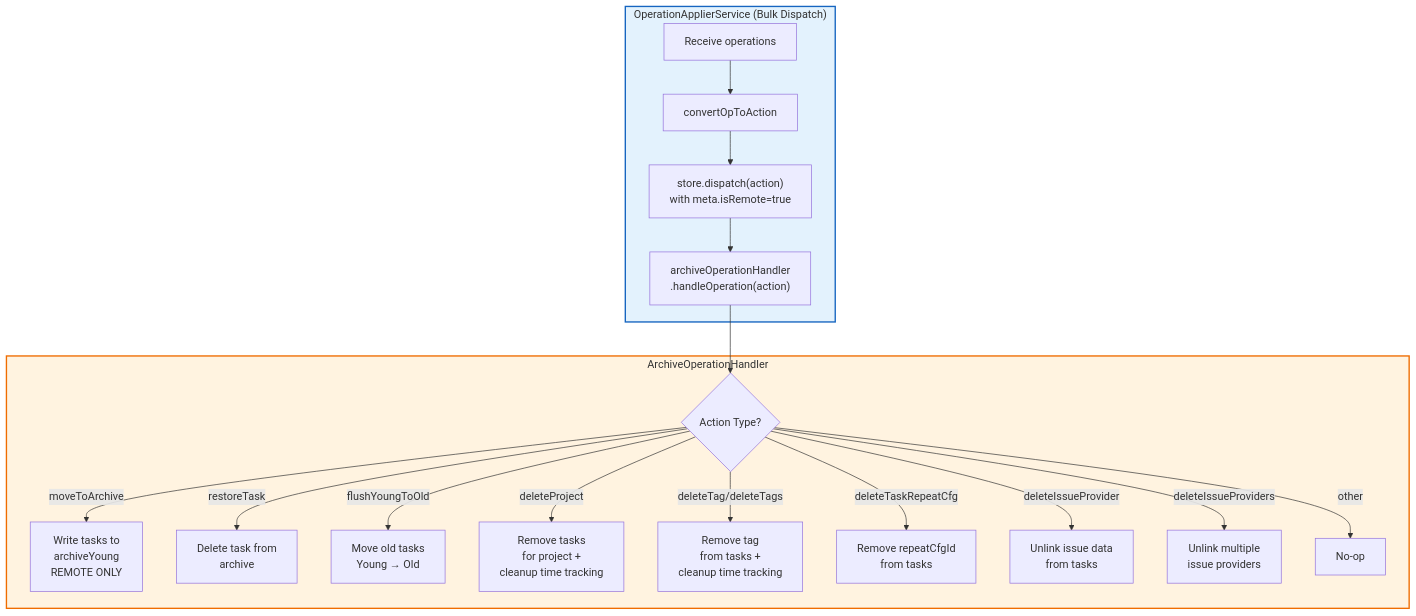
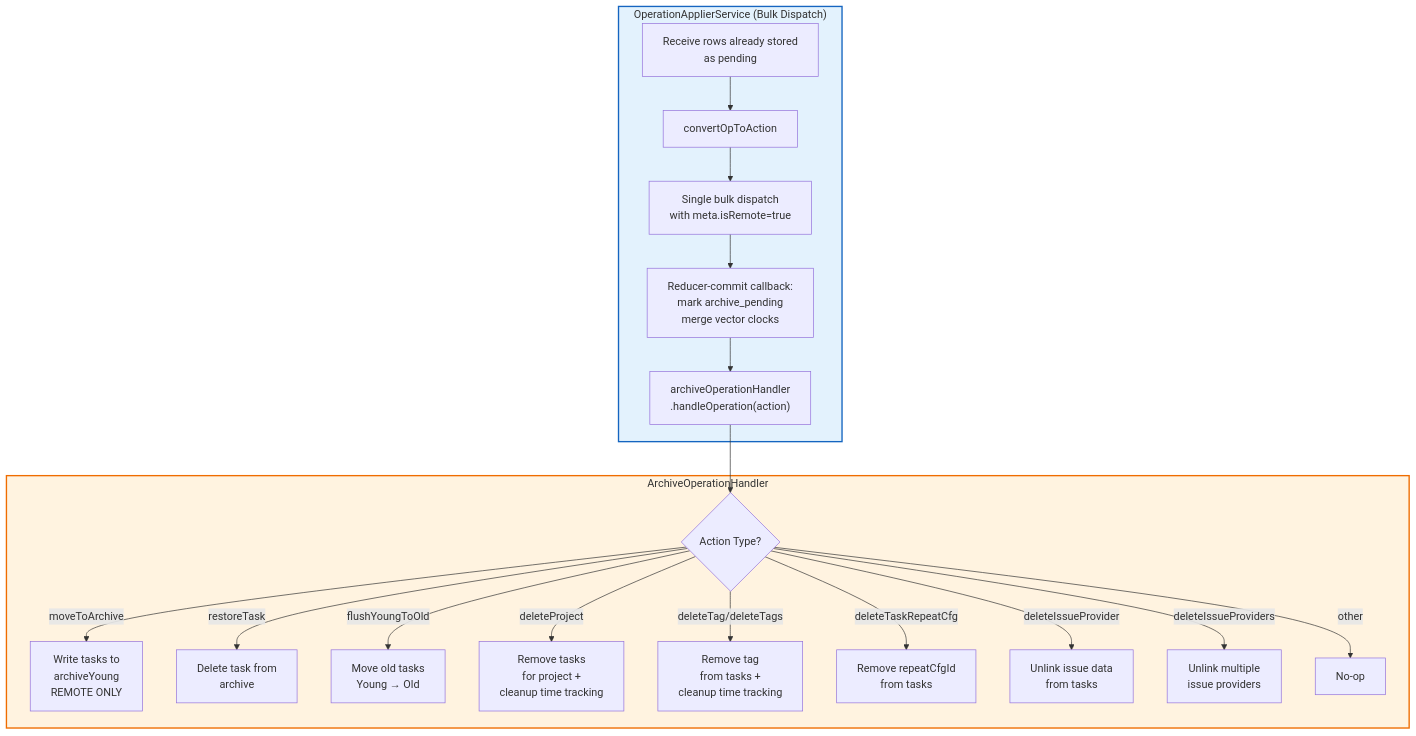
The fourth of 6 diagrams in docs/sync-and-op-log/diagrams/06-archive-operations.md (Swastik023/offline-productivity-desktop), drawn with Mermaid before and after one commit. The commit also changed other lines of this file and 34 other files, not shown here.

````diff
--- a/docs/sync-and-op-log/diagrams/06-archive-operations.md
+++ b/docs/sync-and-op-log/diagrams/06-archive-operations.md
@@ -118,26 +121,27 @@
 ```mermaid
 flowchart TD
     subgraph OperationApplierService["OperationApplierService (Bulk Dispatch)"]
-        OA1[Receive operations] --> OA3[convertOpToAction]
-        OA3 --> OA4["store.dispatch(action)<br/>with meta.isRemote=true"]
-        OA4 --> OA5["archiveOperationHandler<br/>.handleOperation(action)"]
+        OA1["Receive rows already stored<br/>as pending"] --> OA3[convertOpToAction]
+        OA3 --> OA4["Single bulk dispatch<br/>with meta.isRemote=true"]
+        OA4 --> OA4b["Reducer-commit callback:<br/>mark archive_pending<br/>merge vector clocks"]
+        OA4b --> OA5["archiveOperationHandler<br/>.handleOperation(action)"]
     end
 
     subgraph Handler["ArchiveOperationHandler"]
         H1{Action Type?}
         H1 -->|moveToArchive| H2[Write tasks to<br/>archiveYoung<br/>REMOTE ONLY]
         H1 -->|restoreTask| H3[Delete task from<br/>archive]
         H1 -->|flushYoungToOld| H4[Move old tasks<br/>Young → Old]
         H1 -->|deleteProject| H5[Remove tasks<br/>for project +<br/>cleanup time tracking]
         H1 -->|deleteTag/deleteTags| H6[Remove tag<br/>from tasks +<br/>cleanup time tracking]
         H1 -->|deleteTaskRepeatCfg| H7[Remove repeatCfgId<br/>from tasks]
         H1 -->|deleteIssueProvider| H8[Unlink issue data<br/>from tasks]
         H1 -->|deleteIssueProviders| H8b[Unlink multiple<br/>issue providers]
         H1 -->|other| H9[No-op]
     end
 
     OA5 --> H1
 
     style OperationApplierService fill:#e3f2fd,stroke:#1565c0,stroke-width:2px
     style Handler fill:#fff3e0,stroke:#ef6c00,stroke-width:2px
 ```
````
